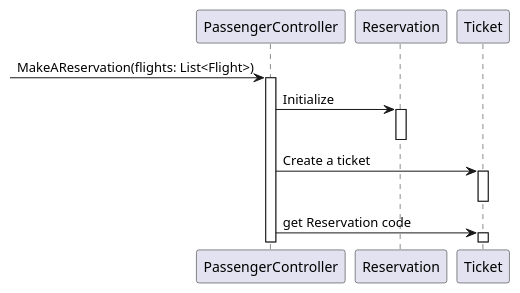
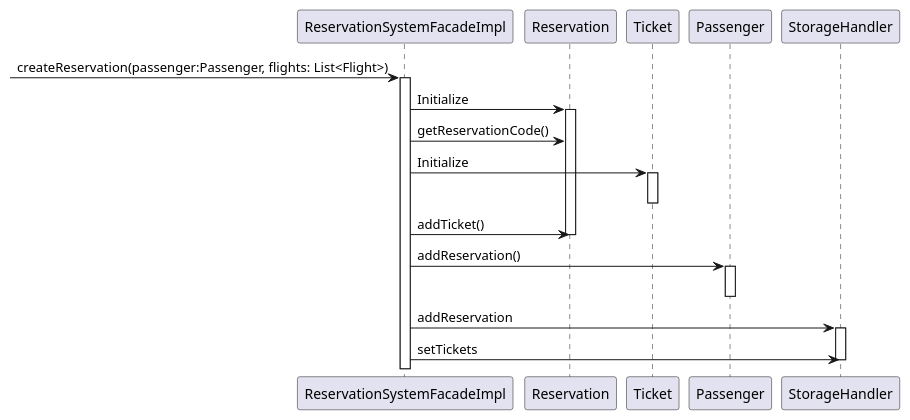
The diagram in Diagrams/Sequence/Passenger/6_make_reservation.puml (AlperenElbasan/FlightReservationSystem), drawn with PlantUML before and after one commit. The commit also changed 5 other files, not shown here.

Commit message:
update diagrams

```diff
--- a/Diagrams/Sequence/Passenger/6_make_reservation.puml
+++ b/Diagrams/Sequence/Passenger/6_make_reservation.puml
@@ -1,16 +1,26 @@
-@startuml
+@startuml passenger_reservation
 
--> PassengerController: MakeAReservation(flights: List<Flight>)
-activate PassengerController
-PassengerController -> Reservation : Initialize
+-> ReservationSystemFacadeImpl: createReservation(passenger:Passenger, flights: List<Flight>)
+activate ReservationSystemFacadeImpl
+ReservationSystemFacadeImpl -> Reservation : Initialize
 activate Reservation
-deactivate Reservation
 
-PassengerController -> Ticket: Create a ticket
+ReservationSystemFacadeImpl -> Reservation: getReservationCode()
+
+ReservationSystemFacadeImpl -> Ticket: Initialize
 activate Ticket
 deactivate Ticket
 
-PassengerController -> Ticket: get Reservation code
-activate Ticket
+ReservationSystemFacadeImpl -> Reservation: addTicket()
+deactivate Reservation
+
+ReservationSystemFacadeImpl -> Passenger: addReservation()
+activate Passenger
+deactivate Passenger
+
+ReservationSystemFacadeImpl -> StorageHandler: addReservation
+activate StorageHandler
+ReservationSystemFacadeImpl -> StorageHandler: setTickets
+deactivate StorageHandler
 
 @enduml
```
